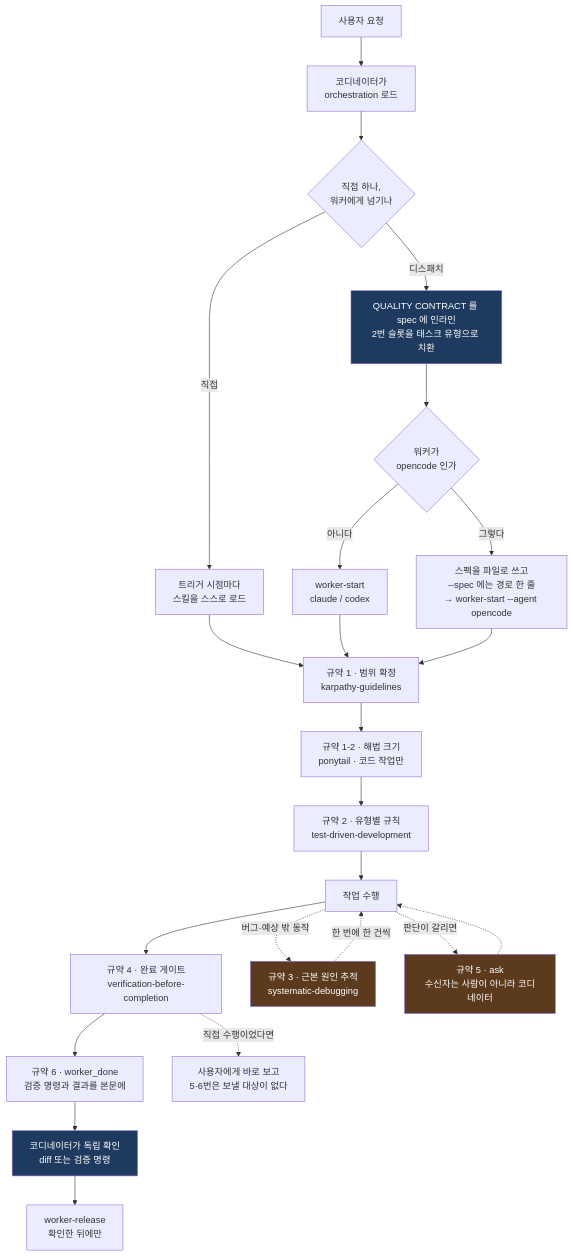
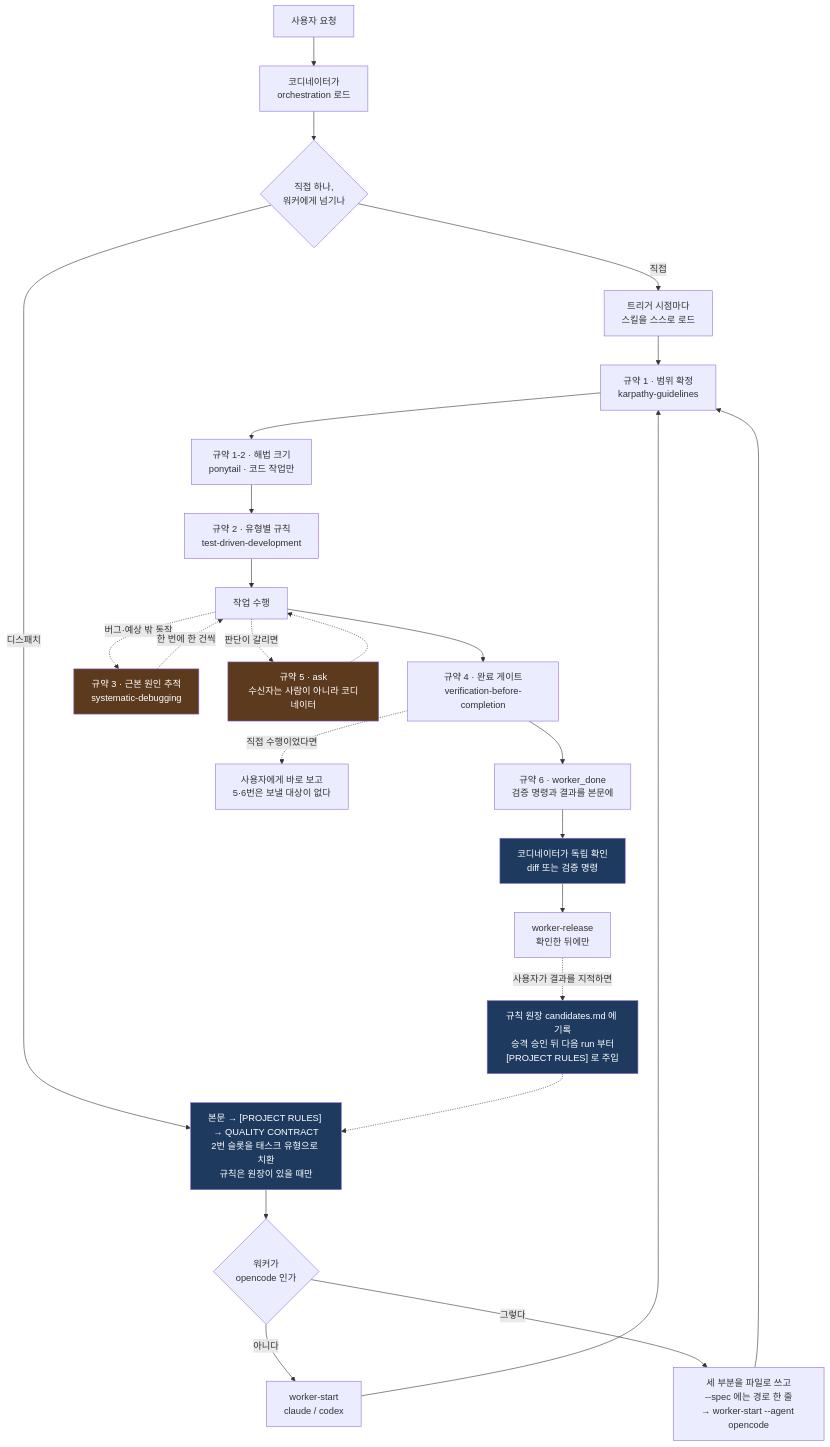
Before and after one commit to treeman99/skills: the first of 2 diagrams in README.md, drawn with Mermaid. The commit also changed other lines of this file and 5 other files, not shown here.

````diff
--- a/README.md
+++ b/README.md
@@ -284,35 +356,38 @@
 ```mermaid
 flowchart TD
     REQ["사용자 요청"] --> ORC["코디네이터가<br/>orchestration 로드"]
     ORC --> MODE{"직접 하나,<br/>워커에게 넘기나"}
 
     MODE -->|"직접"| SELF["트리거 시점마다<br/>스킬을 스스로 로드"]
-    MODE -->|"디스패치"| SPEC["QUALITY CONTRACT 를 spec 에 인라인<br/>2번 슬롯을 태스크 유형으로 치환"]
+    MODE -->|"디스패치"| SPEC["본문 → [PROJECT RULES] → QUALITY CONTRACT<br/>2번 슬롯을 태스크 유형으로 치환<br/>규칙은 원장이 있을 때만"]
     SPEC --> AG{"워커가<br/>opencode 인가"}
     AG -->|"아니다"| WK["worker-start<br/>claude / codex"]
-    AG -->|"그렇다"| WKO["스펙을 파일로 쓰고<br/>--spec 에는 경로 한 줄<br/>→ worker-start --agent opencode"]
+    AG -->|"그렇다"| WKO["세 부분을 파일로 쓰고<br/>--spec 에는 경로 한 줄<br/>→ worker-start --agent opencode"]
 
     SELF --> K["규약 1 · 범위 확정<br/>karpathy-guidelines"]
     WK --> K
     WKO --> K
 
     K --> L["규약 1-2 · 해법 크기<br/>ponytail · 코드 작업만"]
     L --> T["규약 2 · 유형별 규칙<br/>test-driven-development"]
     T --> IMPL["작업 수행"]
     IMPL --> V["규약 4 · 완료 게이트<br/>verification-before-completion"]
 
     V --> DONE["규약 6 · worker_done<br/>검증 명령과 결과를 본문에"]
     DONE --> CONF["코디네이터가 독립 확인<br/>diff 또는 검증 명령"]
     CONF --> REL["worker-release<br/>확인한 뒤에만"]
+    REL -.->|"사용자가 결과를 지적하면"| LED["규칙 원장 candidates.md 에 기록<br/>승격 승인 뒤 다음 run 부터<br/>[PROJECT RULES] 로 주입"]
+    LED -.-> SPEC
     V -.->|"직접 수행이었다면"| SREP["사용자에게 바로 보고<br/>5·6번은 보낼 대상이 없다"]
 
     IMPL -.->|"버그·예상 밖 동작"| S["규약 3 · 근본 원인 추적<br/>systematic-debugging"]
     S -.->|"한 번에 한 건씩"| IMPL
     IMPL -.->|"판단이 갈리면"| ASK["규약 5 · ask<br/>수신자는 사람이 아니라 코디네이터"]
     ASK -.-> IMPL
 
     style SPEC fill:#1e3a5f,color:#fff
     style CONF fill:#1e3a5f,color:#fff
+    style LED fill:#1e3a5f,color:#fff
     style S fill:#5b3a1e,color:#fff
     style ASK fill:#5b3a1e,color:#fff
 ```
````
